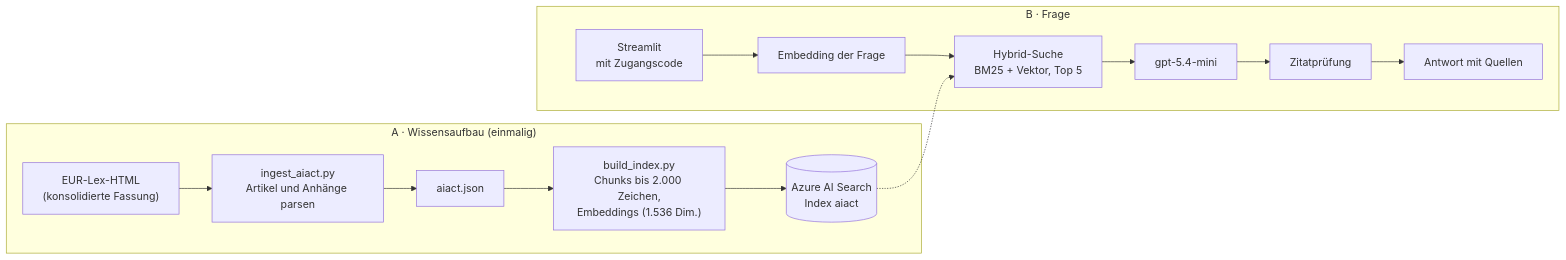
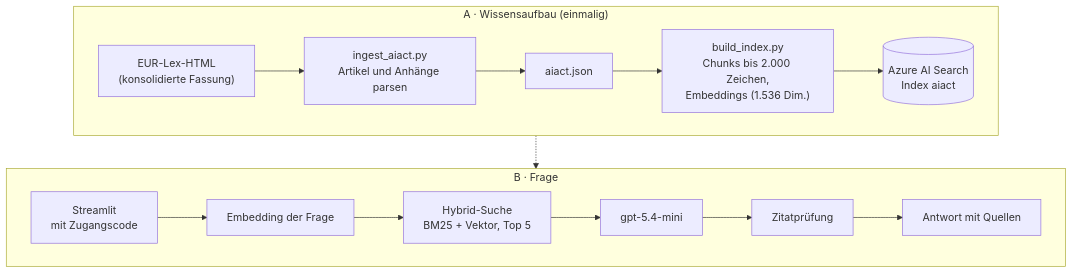
The diagram in README.md (AleksejWeidemann/ai-act-copilot), drawn with Mermaid before and after one commit.

Commit message:
docs: Architekturdiagramm untereinander statt nebeneinander
Auf GitHub war die Schrift zu klein, weil beide Teile in einer Zeile standen.

````diff
--- a/README.md
+++ b/README.md
@@ -23,17 +23,19 @@
 ```mermaid
-flowchart LR
+flowchart TB
     subgraph A["A · Wissensaufbau (einmalig)"]
+        direction LR
         A1["EUR-Lex-HTML<br/>(konsolidierte Fassung)"] --> A2["ingest_aiact.py<br/>Artikel und Anhänge parsen"]
         A2 --> A3["aiact.json"]
         A3 --> A4["build_index.py<br/>Chunks bis 2.000 Zeichen,<br/>Embeddings (1.536 Dim.)"]
         A4 --> A5[("Azure AI Search<br/>Index aiact")]
     end
     subgraph B["B · Frage"]
+        direction LR
         B1["Streamlit<br/>mit Zugangscode"] --> B2["Embedding der Frage"]
         B2 --> B3["Hybrid-Suche<br/>BM25 + Vektor, Top 5"]
         B3 --> B4["gpt-5.4-mini"]
         B4 --> B5["Zitatprüfung"]
         B5 --> B6["Antwort mit Quellen"]
     end
-    A5 -.-> B3
+    A -.-> B
 ```
````
